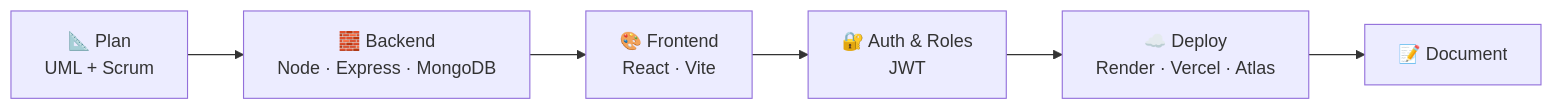
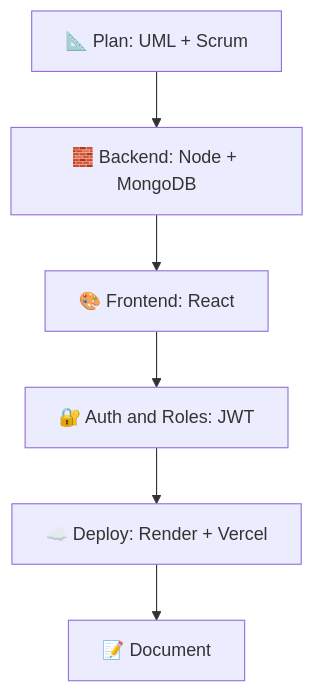
Before and after one commit to yahyaraa/yahyaraa: the diagram in README.md, drawn with Mermaid. The commit also changed other lines of this file, not shown here.

````diff
--- a/README.md
+++ b/README.md
@@ -172,8 +139,8 @@
 ```mermaid
-flowchart LR
-    A[📐 Plan<br/>UML + Scrum] --> B[🧱 Backend<br/>Node · Express · MongoDB]
-    B --> C[🎨 Frontend<br/>React · Vite]
-    C --> D[🔐 Auth & Roles<br/>JWT]
-    D --> E[☁️ Deploy<br/>Render · Vercel · Atlas]
+flowchart TB
+    A[📐 Plan: UML + Scrum] --> B[🧱 Backend: Node + MongoDB]
+    B --> C[🎨 Frontend: React]
+    C --> D[🔐 Auth and Roles: JWT]
+    D --> E[☁️ Deploy: Render + Vercel]
     E --> F[📝 Document]
 ```
````
